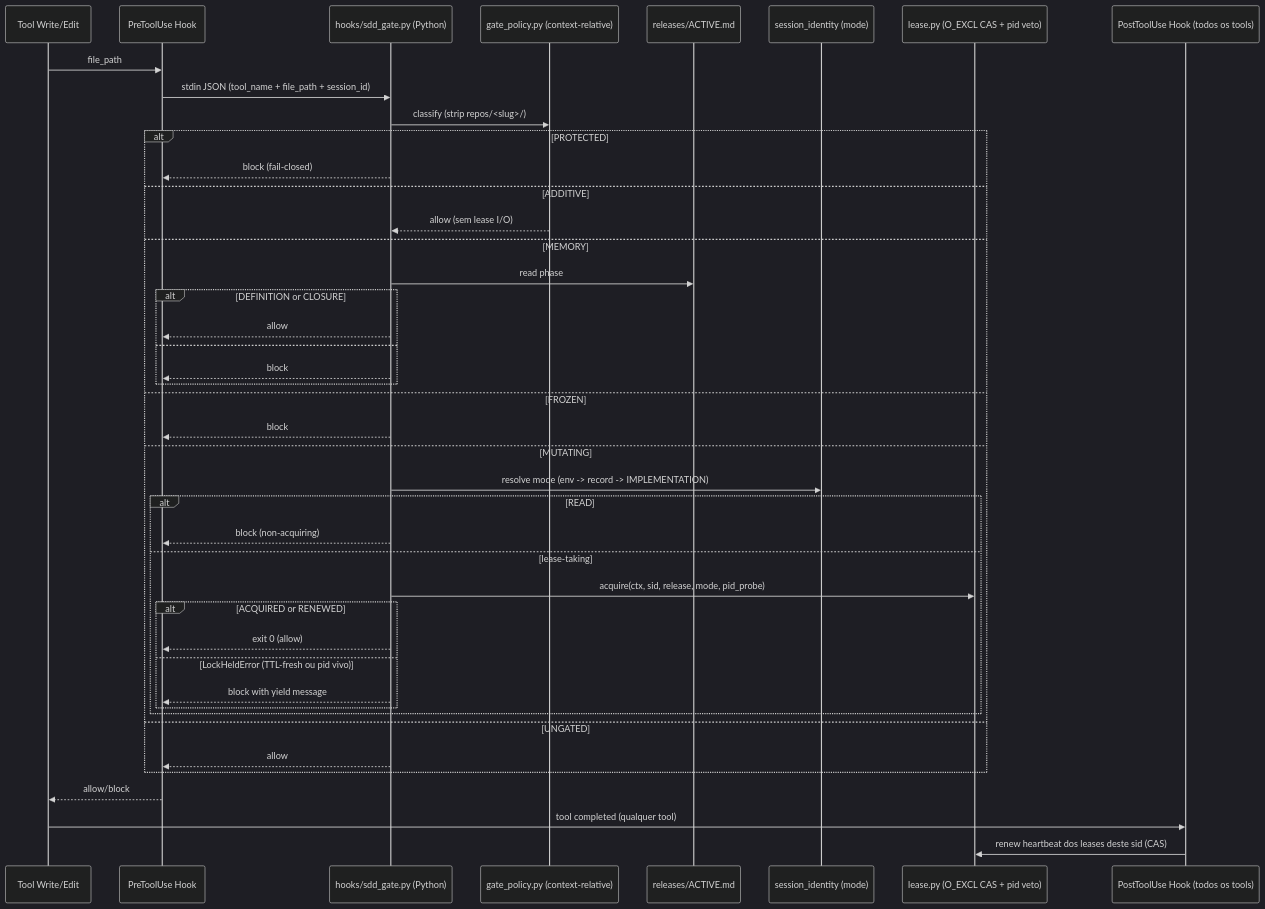
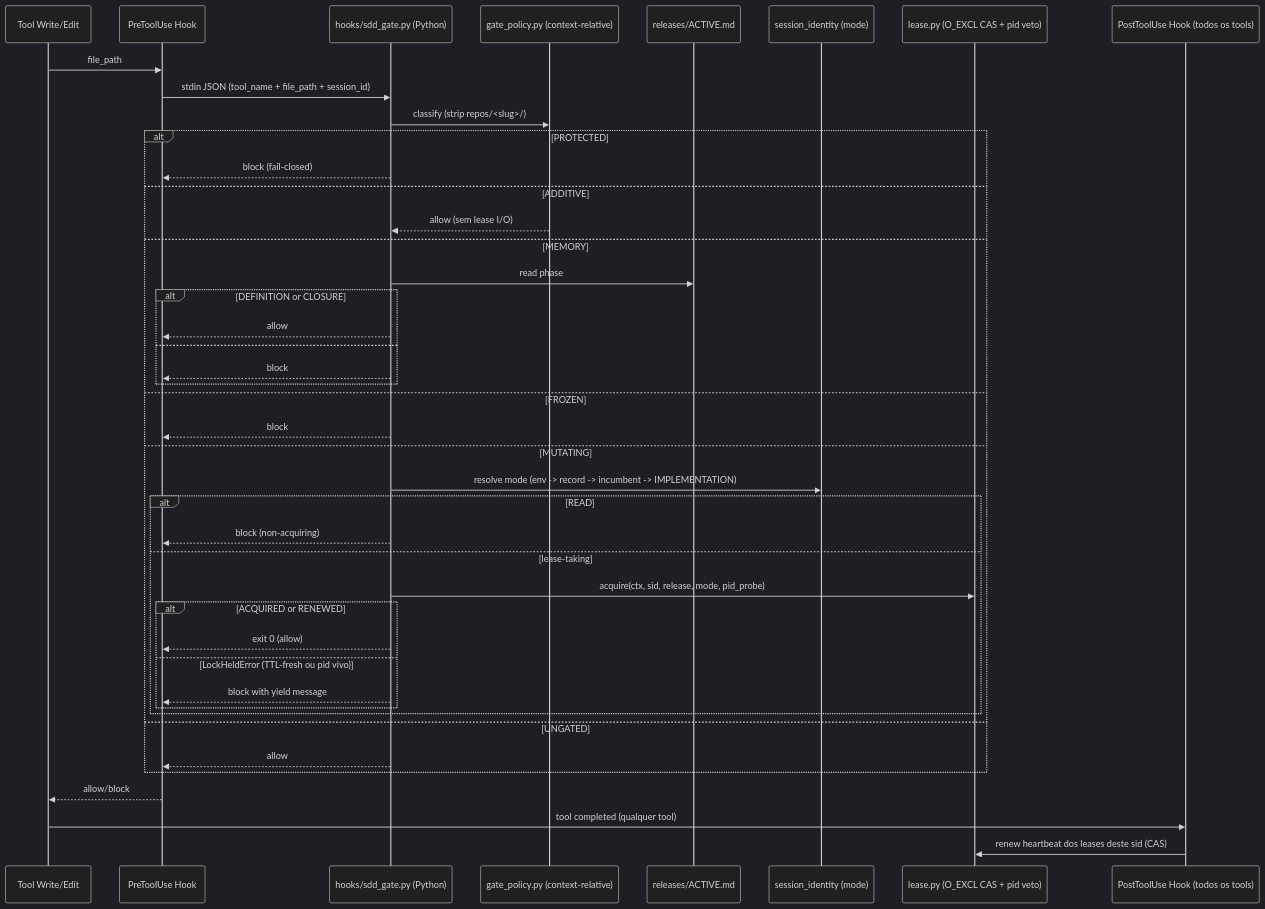
The diagram in specs/memory/product/sdd/sdd-gate-v3.md (marcoaureliomenezes/dadaia-workspace), drawn with Mermaid (dark theme) before and after one commit. The commit also changed other lines of this file and 32 other files, not shown here.

````diff
--- a/specs/memory/product/sdd/sdd-gate-v3.md
+++ b/specs/memory/product/sdd/sdd-gate-v3.md
@@ -101,45 +106,45 @@
 ```mermaid
 sequenceDiagram
     participant T as Tool Write/Edit
     participant PreH as PreToolUse Hook
     participant G as hooks/sdd_gate.py (Python)
     participant C as gate_policy.py (context-relative)
     participant A as releases/ACTIVE.md
     participant S as session_identity (mode)
     participant L as lease.py (O_EXCL CAS + pid veto)
     participant PostH as PostToolUse Hook (todos os tools)
     T->>PreH: file_path
     PreH->>G: stdin JSON (tool_name + file_path + session_id)
     G->>C: classify (strip repos/<slug>/)
     alt PROTECTED
         G-->>PreH: block (fail-closed)
     else ADDITIVE
         C-->>G: allow (sem lease I/O)
     else MEMORY
         G->>A: read phase
         alt DEFINITION or CLOSURE
             G-->>PreH: allow
         else
             G-->>PreH: block
         end
     else FROZEN
         G-->>PreH: block
     else MUTATING
-        G->>S: resolve mode (env -> record -> IMPLEMENTATION)
+        G->>S: resolve mode (env -> record -> incumbent -> IMPLEMENTATION)
         alt READ
             G-->>PreH: block (non-acquiring)
         else lease-taking
             G->>L: acquire(ctx, sid, release, mode, pid_probe)
             alt ACQUIRED or RENEWED
                 G-->>PreH: exit 0 (allow)
             else LockHeldError (TTL-fresh ou pid vivo)
                 G-->>PreH: block with yield message
             end
         end
     else UNGATED
         G-->>PreH: allow
     end
     PreH-->>T: allow/block
     T->>PostH: tool completed (qualquer tool)
     PostH->>L: renew heartbeat dos leases deste sid (CAS)
 ```
````
